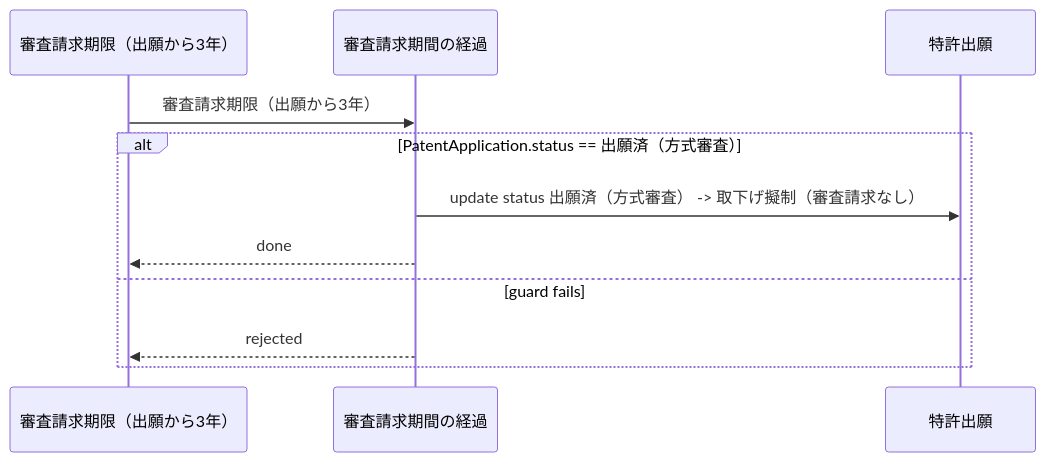
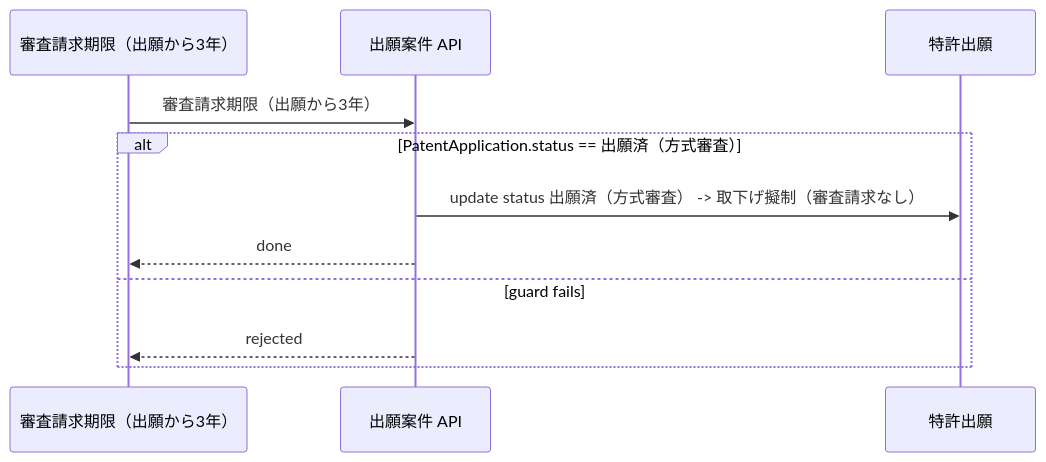
The diagram in samples/patent-ops/out/uc/sequence_DeemWithdrawnNoRequest.mmd (manji-0/rdra-ish-dsl), drawn with Mermaid before and after one commit. The commit also changed 22 other files, not shown here.

```diff
--- a/samples/patent-ops/out/uc/sequence_DeemWithdrawnNoRequest.mmd
+++ b/samples/patent-ops/out/uc/sequence_DeemWithdrawnNoRequest.mmd
@@ -1,14 +1,14 @@
 %% rdra-ish diagram=sequence scope=usecase:DeemWithdrawnNoRequest model=samples/patent-ops
-%% kinds: timer usecase entity
+%% kinds: timer api entity
 %% omitted: buc step
 sequenceDiagram
   participant timer__ExamRequestDeadline as 審査請求期限（出願から3年）
-  participant usecase__DeemWithdrawnNoRequest as 審査請求期間の経過
+  participant api__ApplicationDocketApi as 出願案件 API
   participant entity__PatentApplication as 特許出願
-  timer__ExamRequestDeadline ->> usecase__DeemWithdrawnNoRequest: 審査請求期限（出願から3年）
+  timer__ExamRequestDeadline ->> api__ApplicationDocketApi: 審査請求期限（出願から3年）
   alt PatentApplication.status == 出願済（方式審査）
-    usecase__DeemWithdrawnNoRequest ->> entity__PatentApplication: update status 出願済（方式審査） -> 取下げ擬制（審査請求なし）
-    usecase__DeemWithdrawnNoRequest -->> timer__ExamRequestDeadline: done
+    api__ApplicationDocketApi ->> entity__PatentApplication: update status 出願済（方式審査） -> 取下げ擬制（審査請求なし）
+    api__ApplicationDocketApi -->> timer__ExamRequestDeadline: done
   else guard fails
-    usecase__DeemWithdrawnNoRequest -->> timer__ExamRequestDeadline: rejected
+    api__ApplicationDocketApi -->> timer__ExamRequestDeadline: rejected
   end
```
